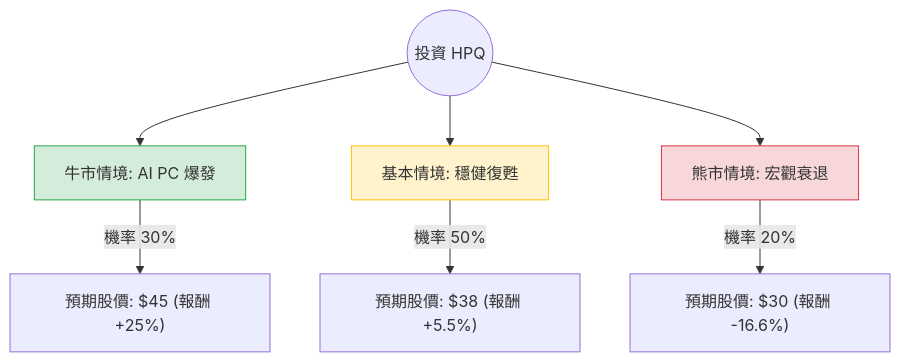
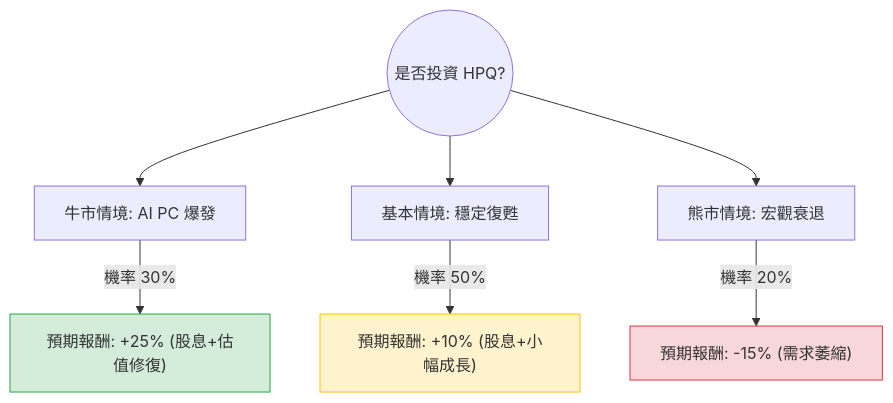
The diagram in plugin-react/ai-analysis/ev-analysis/HPQ.md (zmcx16/zmcx16.github.io), drawn with Mermaid before and after one commit. The commit also changed other lines of this file and 75 other files, not shown here.

````diff
--- a/plugin-react/ai-analysis/ev-analysis/HPQ.md
+++ b/plugin-react/ai-analysis/ev-analysis/HPQ.md
@@ -22,14 +18,14 @@
 ```mermaid
 graph TD
-    Start((投資 HPQ)) --> Bull[牛市情境: AI PC 爆發]
-    Start --> Base[基本情境: 穩健復甦]
+    Start((是否投資 HPQ?)) --> Bull[牛市情境: AI PC 爆發]
+    Start --> Base[基本情境: 穩定復甦]
     Start --> Bear[熊市情境: 宏觀衰退]
 
-    Bull -- "機率 30%" --> Bull_Val["預期股價: $45 (報酬 +25%)"]
-    Base -- "機率 50%" --> Base_Val["預期股價: $38 (報酬 +5.5%)"]
-    Bear -- "機率 20%" --> Bear_Val["預期股價: $30 (報酬 -16.6%)"]
+    Bull -- "機率 30%" --> BullVal["預期報酬: +25% (股息+估值修復)"]
+    Base -- "機率 50%" --> BaseVal["預期報酬: +10% (股息+小幅成長)"]
+    Bear -- "機率 20%" --> BearVal["預期報酬: -15% (需求萎縮)"]
 
-    style Bull fill:#d4edda,stroke:#28a745
-    style Base fill:#fff3cd,stroke:#ffc107
-    style Bear fill:#f8d7da,stroke:#dc3545
+    style BullVal fill:#d4edda,stroke:#28a745
+    style BaseVal fill:#fff3cd,stroke:#ffc107
+    style BearVal fill:#f8d7da,stroke:#dc3545
 ```
````
